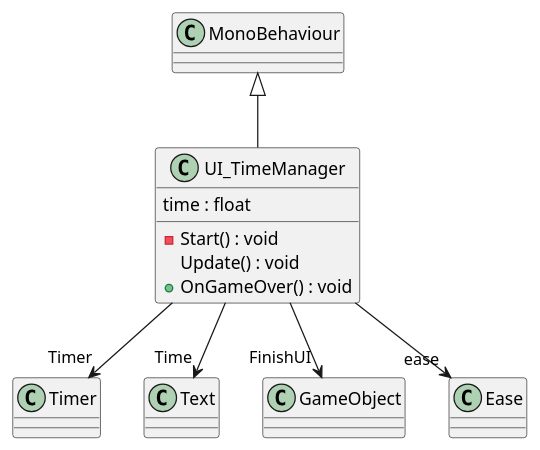
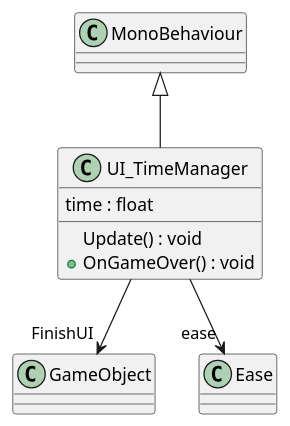
One commit to MainCastle1212/EverythingEater changed the diagram in plantuml/UIs/UI_TimeManager.puml. Above: the diagram before and after it, drawn with PlantUML. The commit also changed 24 other files, not shown here.

```diff
--- a/plantuml/UIs/UI_TimeManager.puml
+++ b/plantuml/UIs/UI_TimeManager.puml
@@ -1,13 +1,10 @@
 @startuml
 class UI_TimeManager {
     time : float
-    - Start() : void
     Update() : void
     + OnGameOver() : void
 }
 MonoBehaviour <|-- UI_TimeManager
-UI_TimeManager --> "Timer" Timer
-UI_TimeManager --> "Time" Text
 UI_TimeManager --> "FinishUI" GameObject
 UI_TimeManager --> "ease" Ease
 @enduml
```
